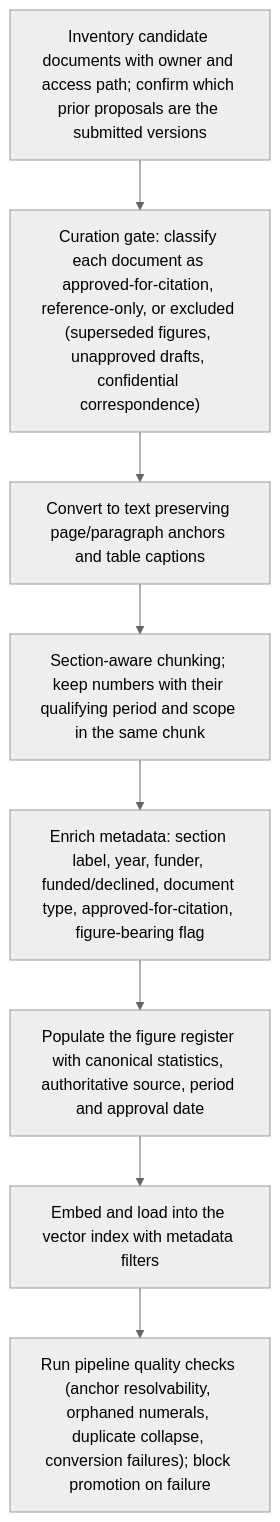
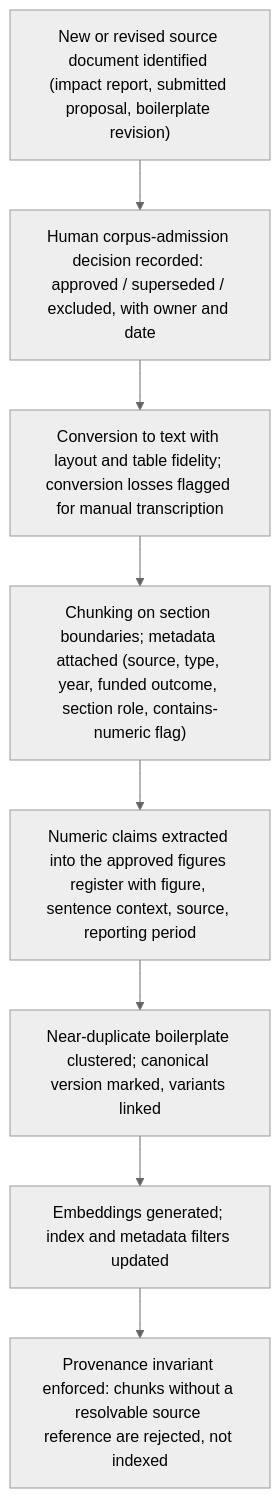
One commit to shanelabountyai/use-case-studio changed the first of 3 diagrams in docs/samples/grant-proposal-assembly.md. Above: the diagram before and after it, drawn with Mermaid (neutral theme). The commit also changed other lines of this file and 3 other files, not shown here.

````diff
--- a/docs/samples/grant-proposal-assembly.md
+++ b/docs/samples/grant-proposal-assembly.md
@@ -77,18 +70,18 @@
 ```mermaid
 flowchart TD
-  n0_0["Inventory candidate documents with owner and access path; confirm which prior proposals are the submitted versions"]
-  n0_1["Curation gate: classify each document as approved-for-citation, reference-only, or excluded (superseded figures, unapproved drafts, confidential correspondence)"]
-  n0_2["Convert to text preserving page/paragraph anchors and table captions"]
-  n0_3["Section-aware chunking; keep numbers with their qualifying period and scope in the same chunk"]
-  n0_4["Enrich metadata: section label, year, funder, funded/declined, document type, approved-for-citation, figure-bearing flag"]
-  n0_5["Populate the figure register with canonical statistics, authoritative source, period and approval date"]
-  n0_6["Embed and load into the vector index with metadata filters"]
-  n0_7["Run pipeline quality checks (anchor resolvability, orphaned numerals, duplicate collapse, conversion failures); block promotion on failure"]
+  n0_0["New or revised source document identified (impact report, submitted proposal, boilerplate revision)"]
+  n0_1["Human corpus-admission decision recorded: approved / superseded / excluded, with owner and date"]
+  n0_2["Conversion to text with layout and table fidelity; conversion losses flagged for manual transcription"]
+  n0_3["Chunking on section boundaries; metadata attached (source, type, year, funded outcome, section role, contains-numeric flag)"]
+  n0_4["Numeric claims extracted into the approved figures register with figure, sentence context, source, reporting period"]
+  n0_5["Near-duplicate boilerplate clustered; canonical version marked, variants linked"]
+  n0_6["Embeddings generated; index and metadata filters updated"]
+  n0_7["Provenance invariant enforced: chunks without a resolvable source reference are rejected, not indexed"]
   n0_0 --> n0_1
   n0_1 --> n0_2
   n0_2 --> n0_3
   n0_3 --> n0_4
   n0_4 --> n0_5
   n0_5 --> n0_6
   n0_6 --> n0_7
 ```
````
